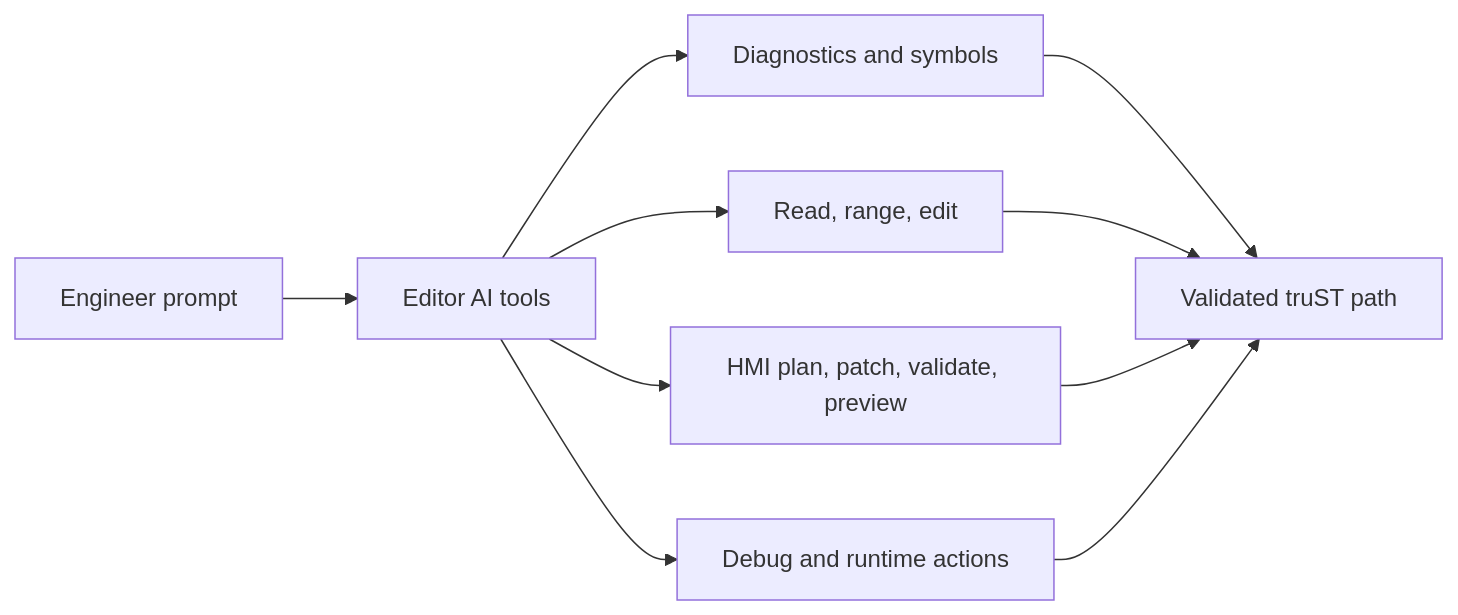
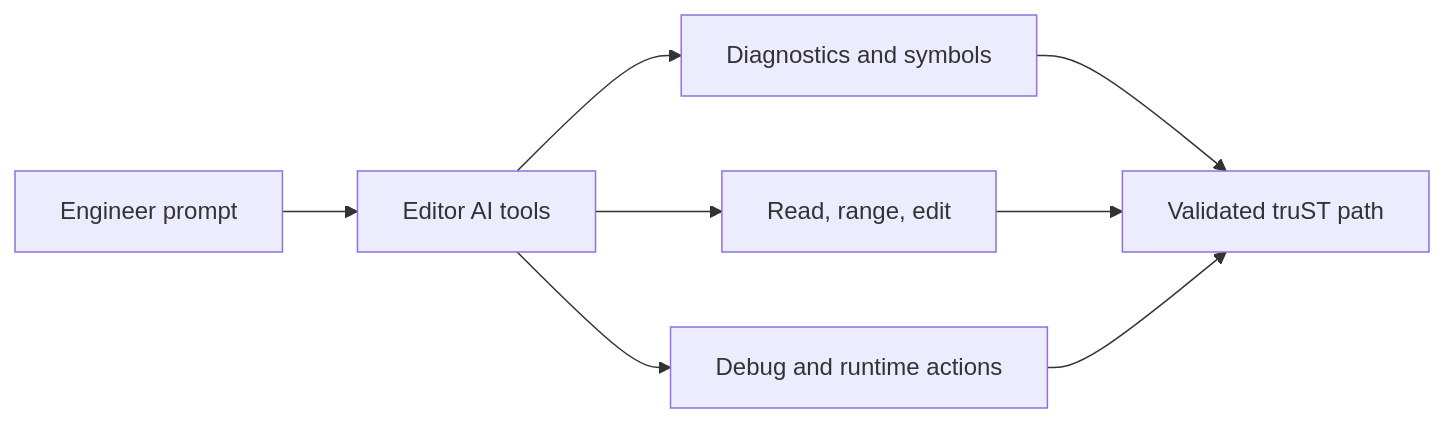
One commit to johannesPettersson80/trust-platform changed the diagram in docs/public/develop/ai-assistance.md. Above: the diagram before and after it, drawn with Mermaid. The commit also changed other lines of this file and 3070 other files, not shown here.

````diff
--- a/docs/public/develop/ai-assistance.md
+++ b/docs/public/develop/ai-assistance.md
@@ -25,20 +25,17 @@
 ```mermaid
 flowchart LR
     Prompt[Engineer prompt]
     Tools[Editor AI tools]
     Diagnostics[Diagnostics and symbols]
     Files[Read, range, edit]
-    HMI[HMI plan, patch, validate, preview]
     Debug[Debug and runtime actions]
     Validate[Validated truST path]
 
     Prompt --> Tools
     Tools --> Diagnostics
     Tools --> Files
-    Tools --> HMI
     Tools --> Debug
     Diagnostics --> Validate
     Files --> Validate
-    HMI --> Validate
     Debug --> Validate
 ```
````
